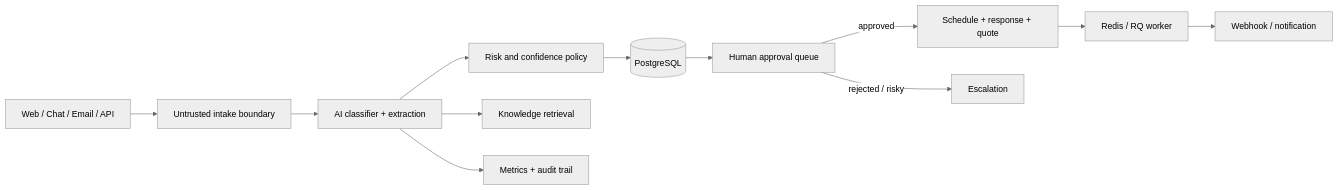
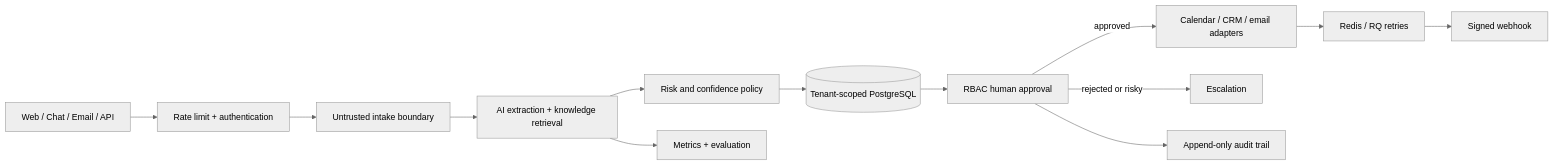
The diagram in README.md (hunterinvariants/servicepilot-ai), drawn with Mermaid (neutral theme) before and after one commit. The commit also changed other lines of this file and 30 other files, not shown here.

````diff
--- a/README.md
+++ b/README.md
@@ -24,14 +29,15 @@
 ```mermaid
 flowchart LR
-  A[Web / Chat / Email / API] --> B[Untrusted intake boundary]
-  B --> C[AI classifier + extraction]
-  C --> D[Risk and confidence policy]
-  C --> K[Knowledge retrieval]
-  D --> E[(PostgreSQL)]
-  E --> F[Human approval queue]
-  F -->|approved| G[Schedule + response + quote]
-  F -->|rejected / risky| H[Escalation]
-  G --> I[Redis / RQ worker]
-  I --> J[Webhook / notification]
-  C --> L[Metrics + audit trail]
+  A[Web / Chat / Email / API] --> B[Rate limit + authentication]
+  B --> C[Untrusted intake boundary]
+  C --> D[AI extraction + knowledge retrieval]
+  D --> E[Risk and confidence policy]
+  E --> F[(Tenant-scoped PostgreSQL)]
+  F --> G[RBAC human approval]
+  G -->|approved| H[Calendar / CRM / email adapters]
+  G -->|rejected or risky| I[Escalation]
+  H --> J[Redis / RQ retries]
+  J --> K[Signed webhook]
+  D --> L[Metrics + evaluation]
+  G --> M[Append-only audit trail]
 ```
````
